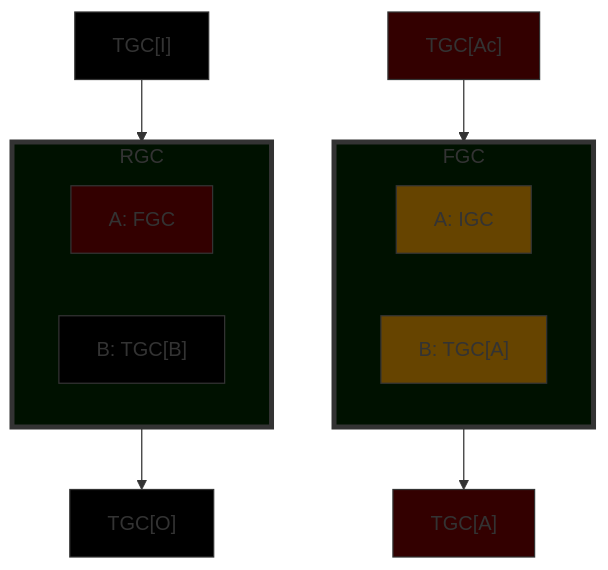
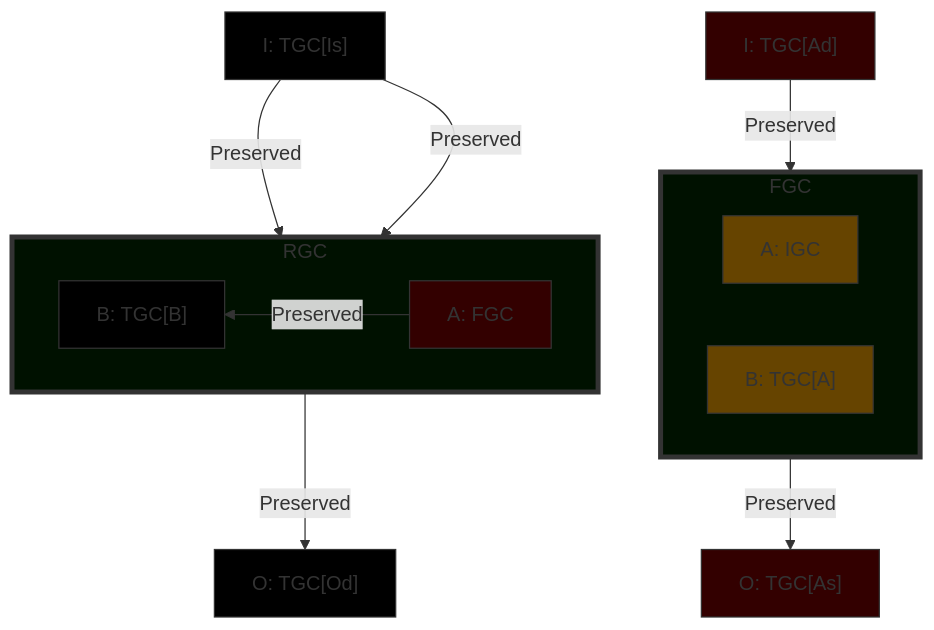
The fourth of 6 diagrams in egppy/egppy/physics/docs/insertion.md (Shapedsundew9/erasmus-gp), drawn with Mermaid before and after one commit. The commit also changed other lines of this file and 18 other files, not shown here.

First line of the commit message:
WIP: Refactor genetic code connection graph and insertion logic

````diff
--- a/egppy/egppy/physics/docs/insertion.md
+++ b/egppy/egppy/physics/docs/insertion.md
@@ -137,37 +132,41 @@
 ```mermaid
 %% Insertion Case 3
 flowchart TB
-    I1["TGC[I]"]
+    I1["I: TGC[Is]"]
     subgraph RGC
         direction RL
         GCA1["A: FGC"]
         GCB1["B: TGC[B]"]
     end
-    O1["TGC[O]"]
-    I1 --> RGC --> O1
+    O1["O: TGC[Od]"]
+    I1 --Preserved-->GCA1
+    I1 --Preserved-->GCB1
+    GCA1 --Preserved-->GCB1
+    GCB1 --Preserved--> O1
 
-    I2["TGC[Ac]"]
+    I2["I: TGC[Ad]"]
     subgraph FGC
         direction RL
         GCA2["A: IGC"]
         GCB2["B: TGC[A]"]
     end
-    O2["TGC[A]"]
-    I2 --> FGC --> O2
+    O2["O: TGC[As]"]
+    I2 --Preserved--> GCB2
+    GCB2 --Preserved--> O2
 
 classDef newGC fill:#010,stroke:#333,stroke-width:4px
 classDef newRow fill:#300,stroke:#333,stroke-width:1px
 classDef modified fill:#640,stroke:#333,stroke-width:1px
 classDef unchanged fill:#000,stroke:#333,stroke-width:1px
 
 class RGC newGC
 class GCB1 unchanged
 class GCA1 newRow
 class FGC newGC
 class GCA2 modified
 class GCB2 modified
 class I1 unchanged
 class I2 newRow
 class O1 unchanged
 class O2 newRow
 ```
````
